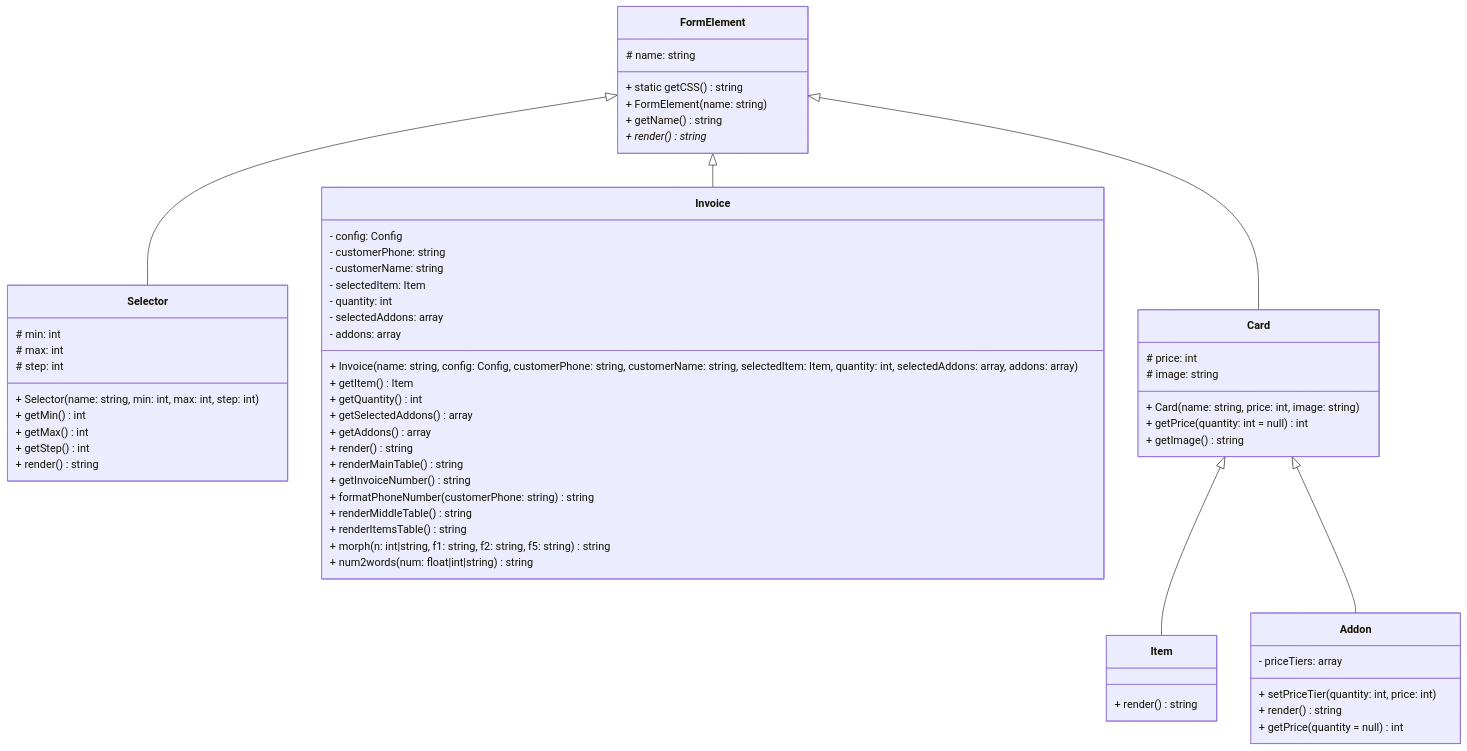
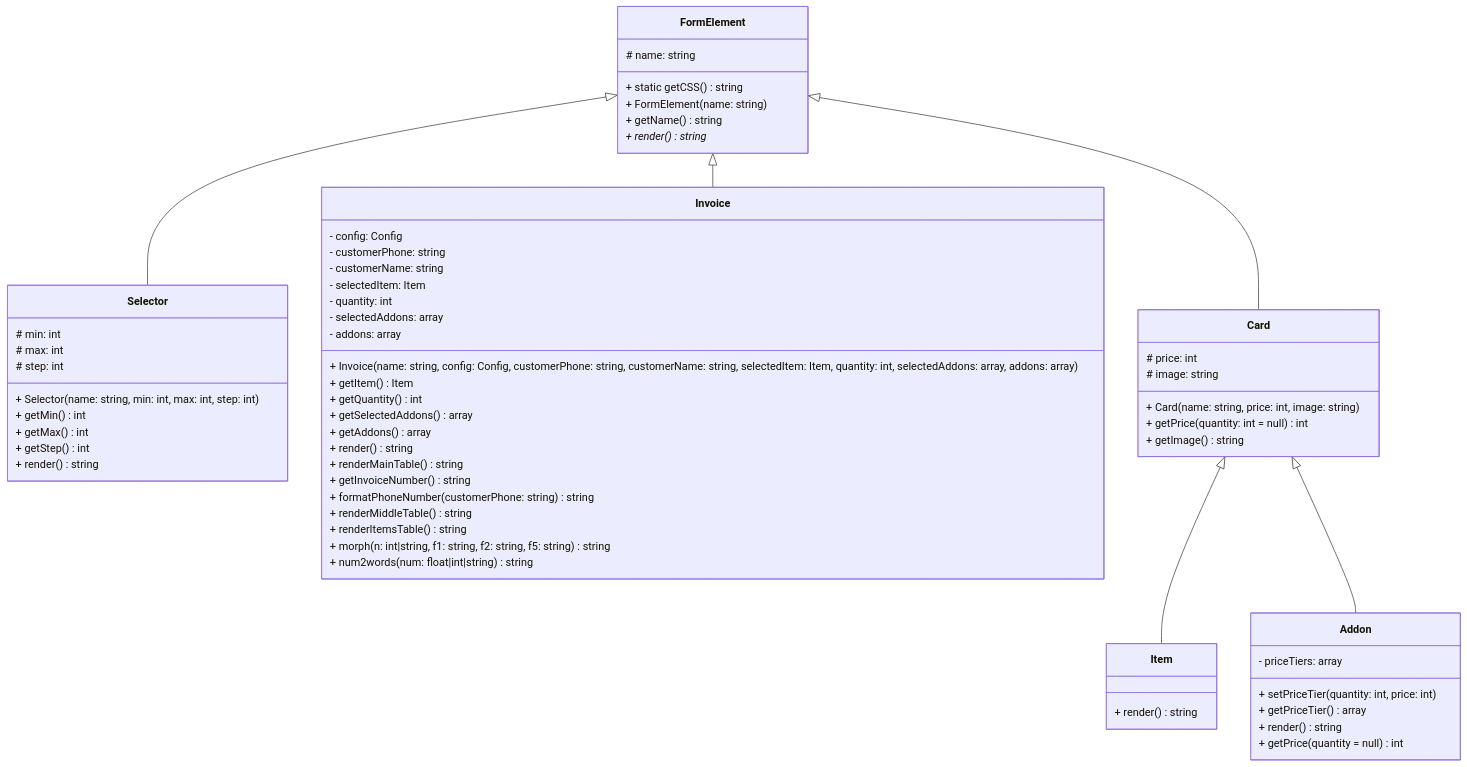
One commit to AlexandrAnatoliev/send-invoice changed the first of 3 diagrams in README.md. Above: the diagram before and after it, drawn with Mermaid.

Commit message:
docs(README): add docs for Addon class

````diff
--- a/README.md
+++ b/README.md
@@ -197,71 +197,72 @@
 ```mermaid
 classDiagram
   
   class FormElement {
     # name: string
     + static getCSS() string
     + FormElement(name: string)
     + getName() string
     + render() string*
   }
 
   class Selector {
     # min: int
     # max: int
     # step: int
     + Selector(name: string, min: int, max: int, step: int)
     + getMin() int
     + getMax() int
     + getStep() int
     + render() string
   }
 
   class Invoice {
     - config: Config
     - customerPhone: string
     - customerName: string
     - selectedItem: Item 
     - quantity: int 
     - selectedAddons: array 
     - addons: array 
     + Invoice(name: string, config: Config, customerPhone: string, customerName: string, selectedItem: Item, quantity: int, selectedAddons: array, addons: array) 
     + getItem() Item
     + getQuantity() int
     + getSelectedAddons() array
     + getAddons() array
     + render() string
     + renderMainTable() string
     + getInvoiceNumber() string 
     + formatPhoneNumber(customerPhone: string) string
     + renderMiddleTable() string 
     + renderItemsTable() string
     + morph(n: int|string, f1: string, f2: string, f5: string) string
     + num2words(num: float|int|string ) string
   }
 
   class Card {
     # price: int
     # image: string
     + Card(name: string, price: int, image: string)
     + getPrice(quantity: int = null) int
     + getImage() string
   }
 
   class Item {
     + render() string
   }
 
   class Addon {
     - priceTiers: array
     + setPriceTier(quantity: int, price: int)
+    + getPriceTier() array
     + render() string
     + getPrice(quantity = null) int
   }
 
   FormElement  <|-- Selector
   FormElement  <|-- Invoice
   FormElement  <|-- Card
   Card <|-- Item
   Card <|-- Addon
 
 ```
````
